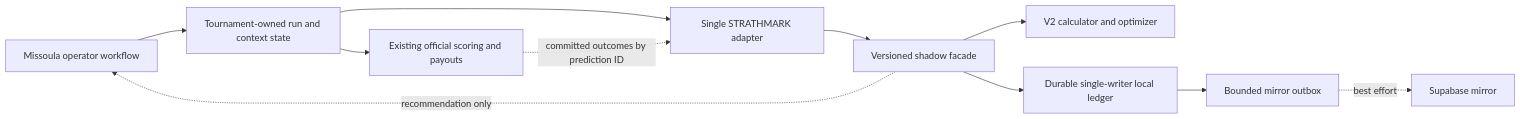
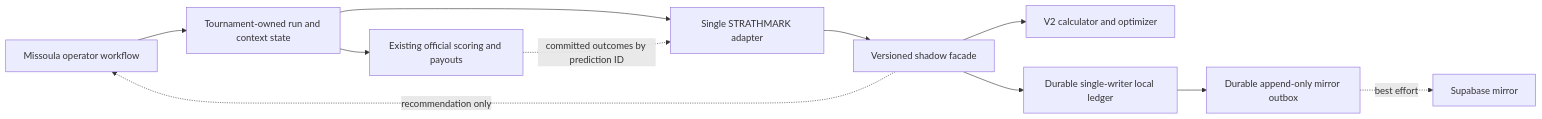
One commit to SquirmyWormy275/STRATHMARK changed the first of 4 diagrams in docs/plans/2026-08-13-002-feat-shadow-handicap-operations-plan.md. Above: the diagram before and after it, drawn with Mermaid. The commit also changed other lines of this file and 41 other files, not shown here.

````diff
--- a/docs/plans/2026-08-13-002-feat-shadow-handicap-operations-plan.md
+++ b/docs/plans/2026-08-13-002-feat-shadow-handicap-operations-plan.md
@@ -480,13 +488,13 @@
 ```mermaid
 flowchart LR
     UI["Missoula operator workflow"] --> OPS["Tournament-owned run and context state"]
     OPS --> ADAPTER["Single STRATHMARK adapter"]
     ADAPTER --> SHADOW["Versioned shadow facade"]
     SHADOW --> CALC["V2 calculator and optimizer"]
     SHADOW --> LEDGER["Durable single-writer local ledger"]
-    LEDGER --> OUTBOX["Bounded mirror outbox"]
+    LEDGER --> OUTBOX["Durable append-only mirror outbox"]
     OUTBOX -. "best effort" .-> CLOUD["Supabase mirror"]
     OPS --> SCORE["Existing official scoring and payouts"]
     SHADOW -. "recommendation only" .-> UI
     SCORE -. "committed outcomes by prediction ID" .-> ADAPTER
 ```
````
